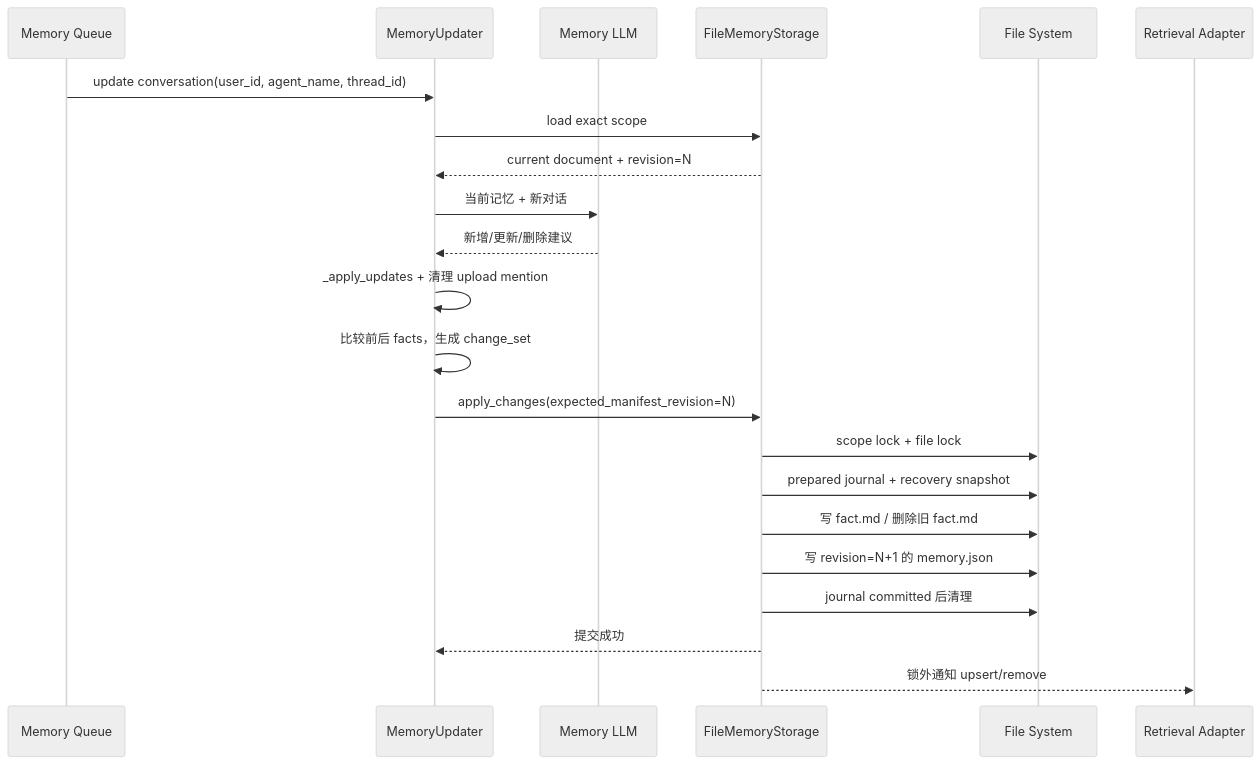
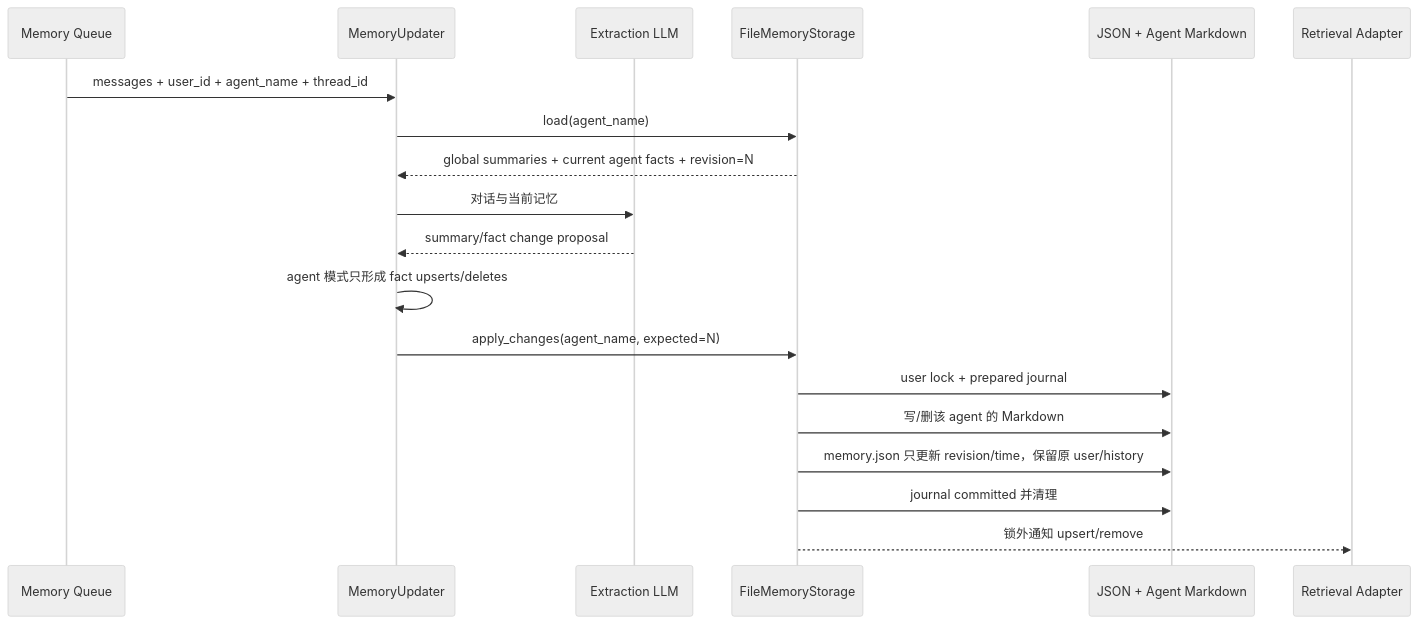
The third of 3 diagrams in docs/plans/STORAGE_REWRITE_CHANGES.md (qin-chenghan/deer-flow), drawn with Mermaid (neutral theme) before and after one commit. The commit also changed other lines of this file and 13 other files, not shown here.

Commit message:
refactor(memory): separate global summaries from agent facts

````diff
--- a/docs/plans/STORAGE_REWRITE_CHANGES.md
+++ b/docs/plans/STORAGE_REWRITE_CHANGES.md
@@ -825,25 +480,22 @@
 ```mermaid
 sequenceDiagram
     participant Queue as Memory Queue
     participant Updater as MemoryUpdater
-    participant LLM as Memory LLM
+    participant LLM as Extraction LLM
     participant Storage as FileMemoryStorage
-    participant Disk as File System
+    participant Disk as JSON + Agent Markdown
     participant Retrieval as Retrieval Adapter
 
-    Queue->>Updater: update conversation(user_id, agent_name, thread_id)
-    Updater->>Storage: load exact scope
-    Storage-->>Updater: current document + revision=N
-    Updater->>LLM: 当前记忆 + 新对话
-    LLM-->>Updater: 新增/更新/删除建议
-    Updater->>Updater: _apply_updates + 清理 upload mention
-    Updater->>Updater: 比较前后 facts，生成 change_set
-    Updater->>Storage: apply_changes(expected_manifest_revision=N)
-    Storage->>Disk: scope lock + file lock
-    Storage->>Disk: prepared journal + recovery snapshot
-    Storage->>Disk: 写 fact.md / 删除旧 fact.md
-    Storage->>Disk: 写 revision=N+1 的 memory.json
-    Storage->>Disk: journal committed 后清理
-    Storage-->>Updater: 提交成功
+    Queue->>Updater: messages + user_id + agent_name + thread_id
+    Updater->>Storage: load(agent_name)
+    Storage-->>Updater: global summaries + current agent facts + revision=N
+    Updater->>LLM: 对话与当前记忆
+    LLM-->>Updater: summary/fact change proposal
+    Updater->>Updater: agent 模式只形成 fact upserts/deletes
+    Updater->>Storage: apply_changes(agent_name, expected=N)
+    Storage->>Disk: user lock + prepared journal
+    Storage->>Disk: 写/删该 agent 的 Markdown
+    Storage->>Disk: memory.json 只更新 revision/time，保留原 user/history
+    Storage->>Disk: journal committed 并清理
     Storage-->>Retrieval: 锁外通知 upsert/remove
 ```
````
